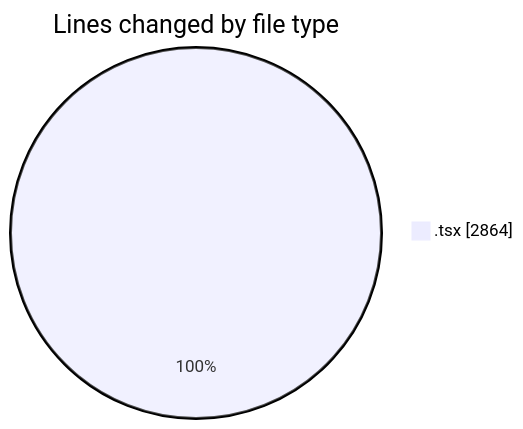
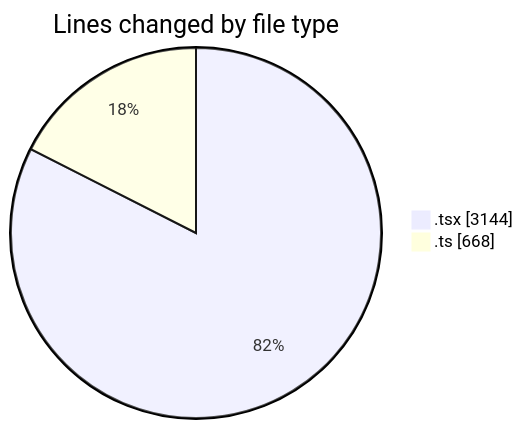
One commit to nxtqubesakshisongat/code-tracking changed the first of 2 diagrams in 2026-03-14/nxtqube_webapp/README.md. Above: the diagram before and after it, drawn with Mermaid. The commit also changed other lines of this file and 1 other file, not shown here.

````diff
--- a/2026-03-14/nxtqube_webapp/README.md
+++ b/2026-03-14/nxtqube_webapp/README.md
@@ -22,5 +25,6 @@
 ```mermaid
 pie showData
 title Lines changed by file type
-".tsx" : 2864
+".tsx" : 3144
+".ts" : 668
 ```
````
